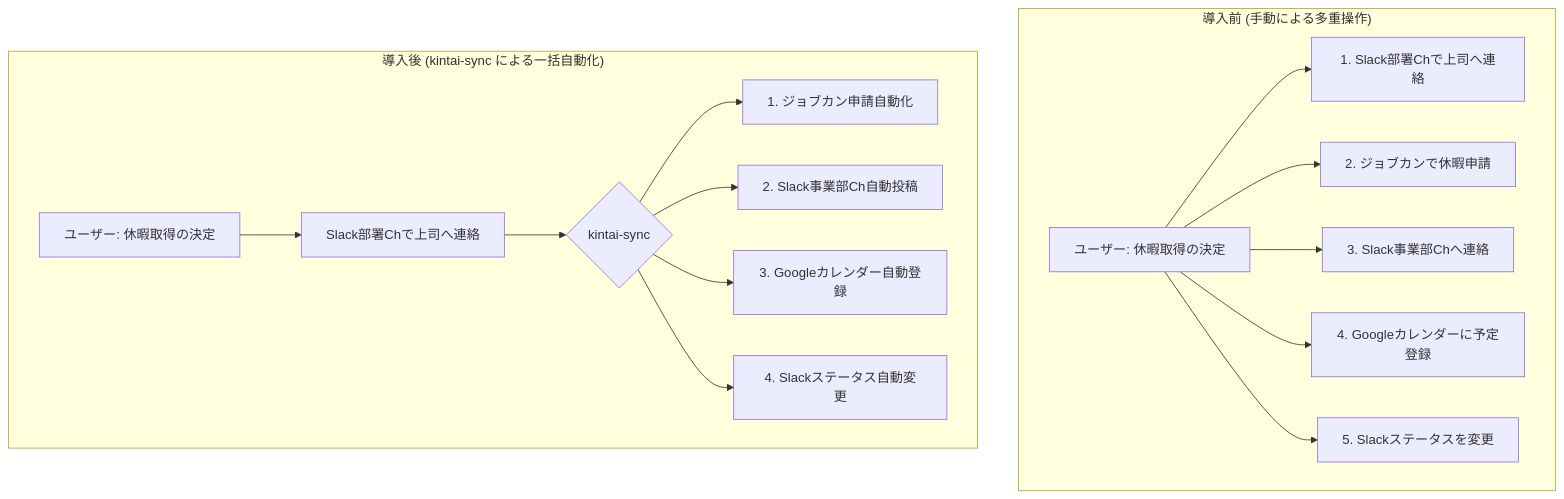
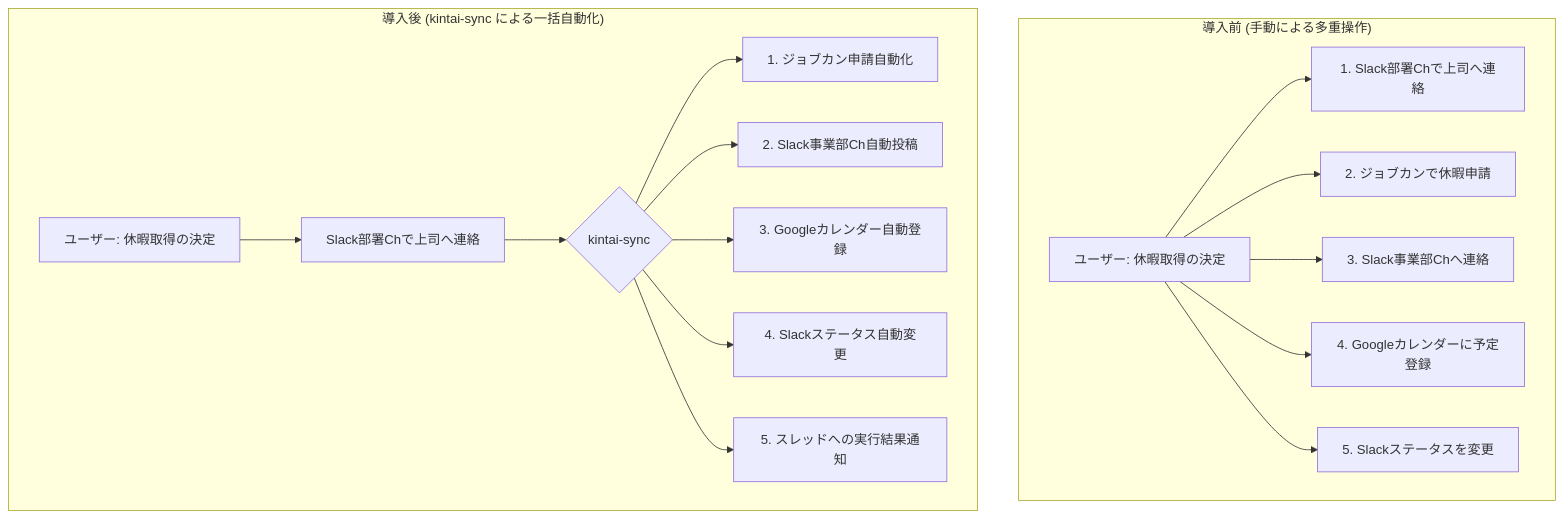
The first of 3 diagrams in requirements.md (ea-Mitsuoka/kintai-sync), drawn with Mermaid before and after one commit. The commit also changed other lines of this file, not shown here.

First line of the commit message:
docs(arch): update requirements with advanced architecture (v2.0.0)

````diff
--- a/requirements.md
+++ b/requirements.md
@@ -49,19 +51,20 @@
 ```mermaid
 graph TD
     subgraph "導入前 (手動による多重操作)"
         A["ユーザー: 休暇取得の決定"] --> B["1. Slack部署Chで上司へ連絡"]
         A --> C["2. ジョブカンで休暇申請"]
         A --> D["3. Slack事業部Chへ連絡"]
         A --> E["4. Googleカレンダーに予定登録"]
         A --> F["5. Slackステータスを変更"]
     end
 
     subgraph "導入後 (kintai-sync による一括自動化)"
         G["ユーザー: 休暇取得の決定"] --> H["Slack部署Chで上司へ連絡"]
         H --> I{"kintai-sync"}
         I --> J["1. ジョブカン申請自動化"]
         I --> K["2. Slack事業部Ch自動投稿"]
         I --> L["3. Googleカレンダー自動登録"]
         I --> M["4. Slackステータス自動変更"]
+        I --> N["5. スレッドへの実行結果通知"]
     end
 ```
````
